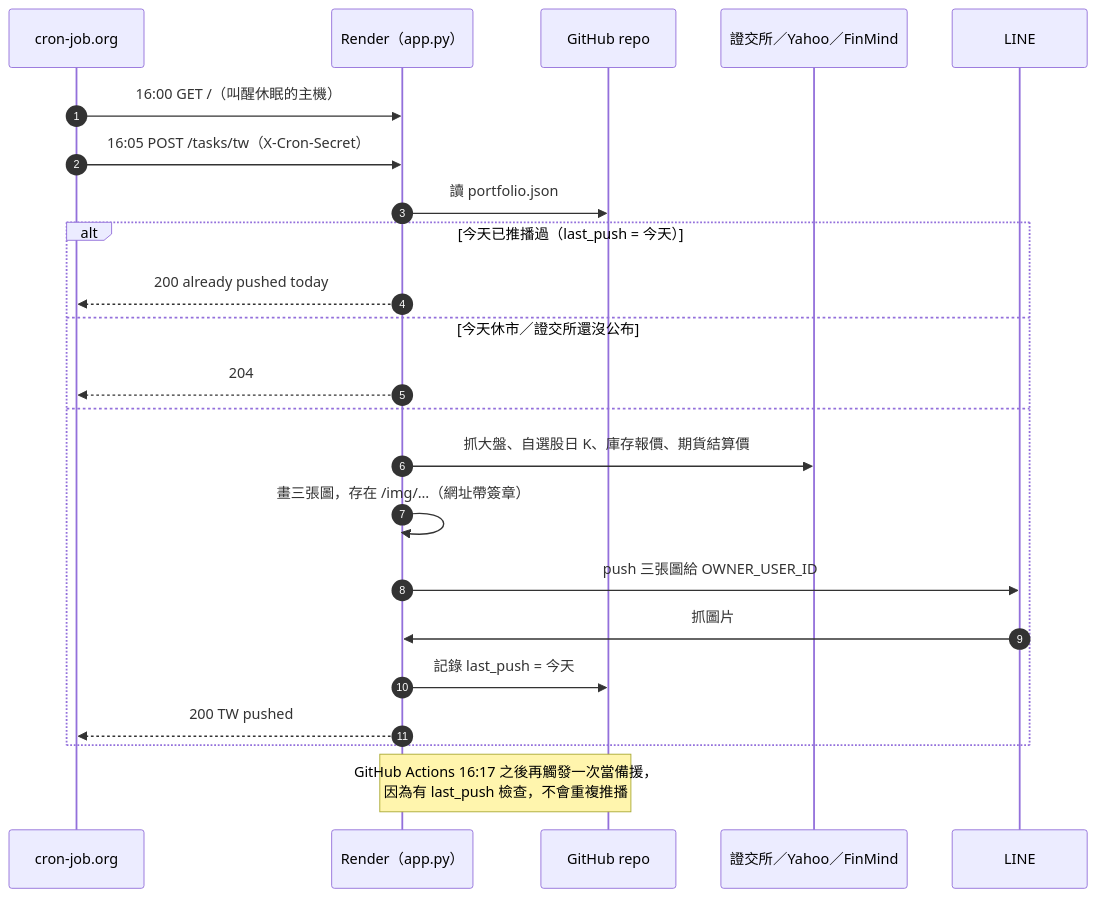
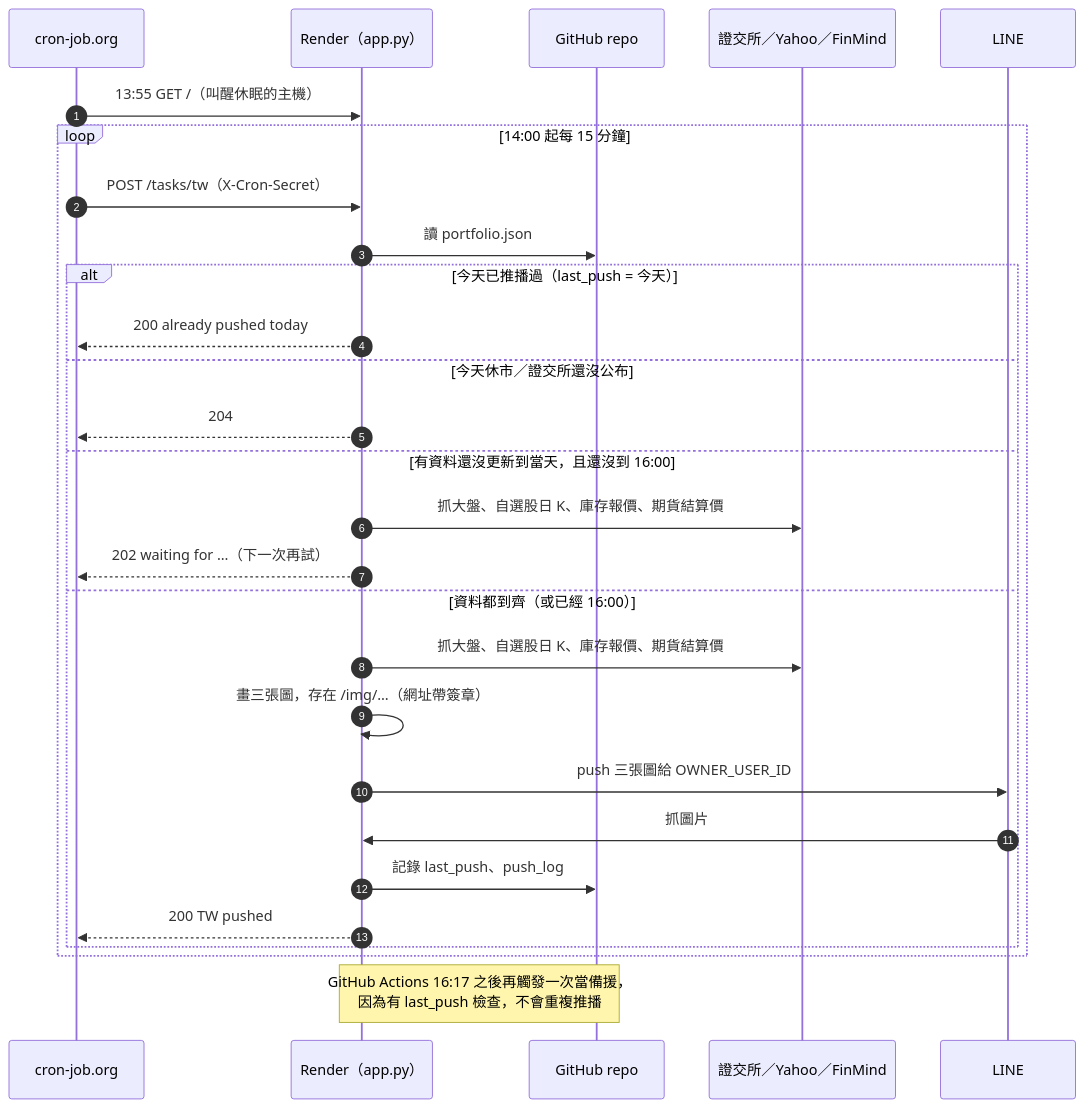
The second of 3 diagrams in README.md (scm611-byte/line-market-bot), drawn with Mermaid before and after one commit. The commit also changed other lines of this file, not shown here.

````diff
--- a/README.md
+++ b/README.md
@@ -265,26 +271,31 @@
 ```mermaid
 sequenceDiagram
     autonumber
     participant C as cron-job.org
     participant B as Render（app.py）
     participant G as GitHub repo
     participant D as 證交所／Yahoo／FinMind
     participant L as LINE
 
-    C->>B: 16:00 GET /（叫醒休眠的主機）
-    C->>B: 16:05 POST /tasks/tw（X-Cron-Secret）
+    C->>B: 13:55 GET /（叫醒休眠的主機）
+    loop 14:00 起每 15 分鐘
+    C->>B: POST /tasks/tw（X-Cron-Secret）
     B->>G: 讀 portfolio.json
     alt 今天已推播過（last_push = 今天）
         B-->>C: 200 already pushed today
     else 今天休市／證交所還沒公布
         B-->>C: 204
-    else
+    else 有資料還沒更新到當天，且還沒到 16:00
+        B->>D: 抓大盤、自選股日 K、庫存報價、期貨結算價
+        B-->>C: 202 waiting for …（下一次再試）
+    else 資料都到齊（或已經 16:00）
         B->>D: 抓大盤、自選股日 K、庫存報價、期貨結算價
         B->>B: 畫三張圖，存在 /img/…（網址帶簽章）
         B->>L: push 三張圖給 OWNER_USER_ID
         L->>B: 抓圖片
-        B->>G: 記錄 last_push = 今天
+        B->>G: 記錄 last_push、push_log
         B-->>C: 200 TW pushed
+    end
     end
     Note over B,G: GitHub Actions 16:17 之後再觸發一次當備援，<br/>因為有 last_push 檢查，不會重複推播
 ```
````
